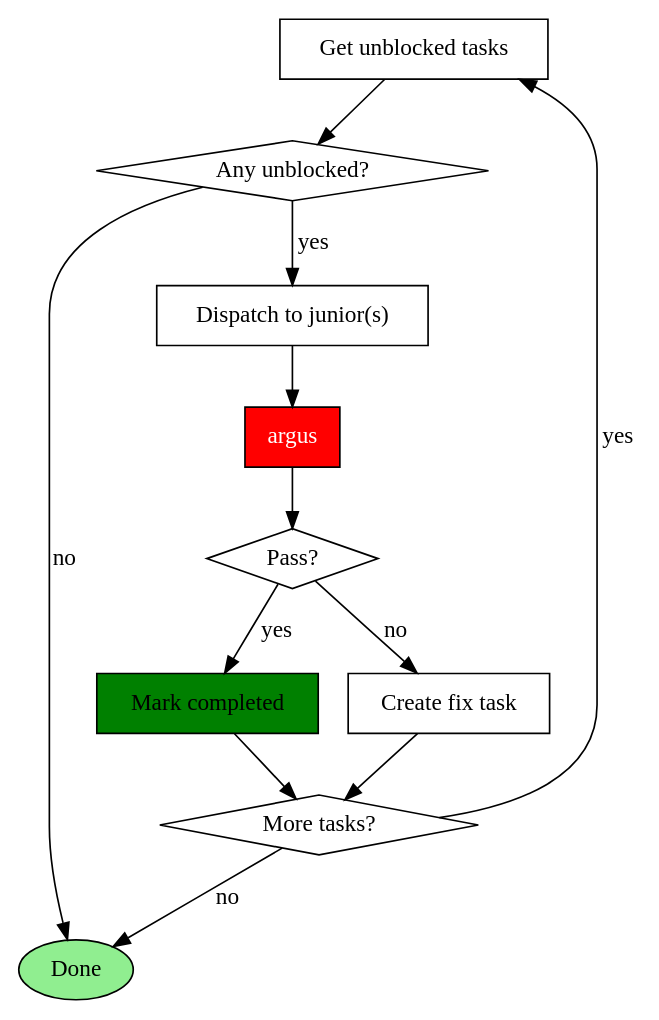
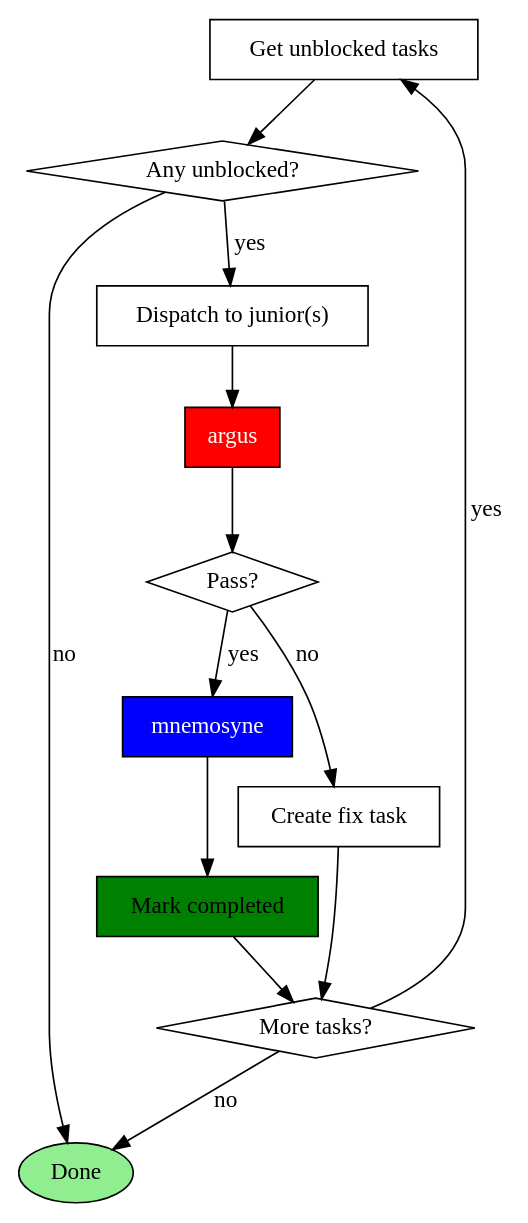
Before and after one commit to toongri/oh-my-toong-playground: the third of 4 diagrams in skills/sisyphus/SKILL.md, drawn with Graphviz. The commit also changed other lines of this file and 3 other files, not shown here.

````diff
--- a/skills/sisyphus/SKILL.md
+++ b/skills/sisyphus/SKILL.md
@@ -219,26 +225,28 @@
 ```dot
 digraph task_loop {
     rankdir=TB;
     "Get unblocked tasks" [shape=box];
     "Any unblocked?" [shape=diamond];
     "Dispatch to junior(s)" [shape=box];
     "argus" [shape=box, style=filled, fillcolor=red, fontcolor=white];
     "Pass?" [shape=diamond];
+    "mnemosyne" [shape=box, style=filled, fillcolor=blue, fontcolor=white];
     "Mark completed" [shape=box, style=filled, fillcolor=green];
     "Create fix task" [shape=box];
     "More tasks?" [shape=diamond];
     "Done" [shape=ellipse, style=filled, fillcolor=lightgreen];
 
     "Get unblocked tasks" -> "Any unblocked?";
     "Any unblocked?" -> "Dispatch to junior(s)" [label="yes"];
     "Any unblocked?" -> "Done" [label="no"];
     "Dispatch to junior(s)" -> "argus";
     "argus" -> "Pass?";
-    "Pass?" -> "Mark completed" [label="yes"];
+    "Pass?" -> "mnemosyne" [label="yes"];
     "Pass?" -> "Create fix task" [label="no"];
+    "mnemosyne" -> "Mark completed";
     "Mark completed" -> "More tasks?";
     "Create fix task" -> "More tasks?";
     "More tasks?" -> "Get unblocked tasks" [label="yes"];
     "More tasks?" -> "Done" [label="no"];
 }
 ```
````
